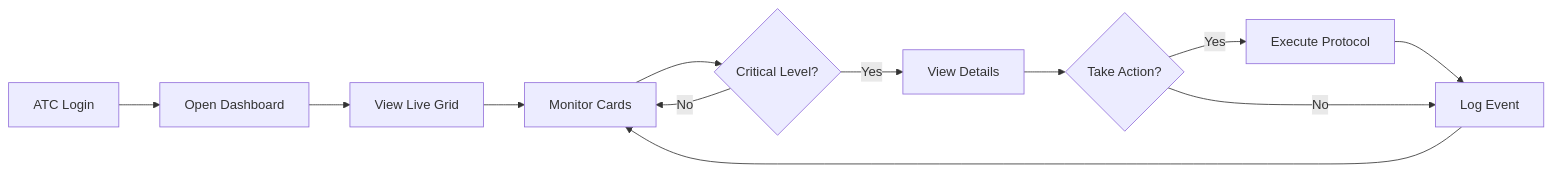
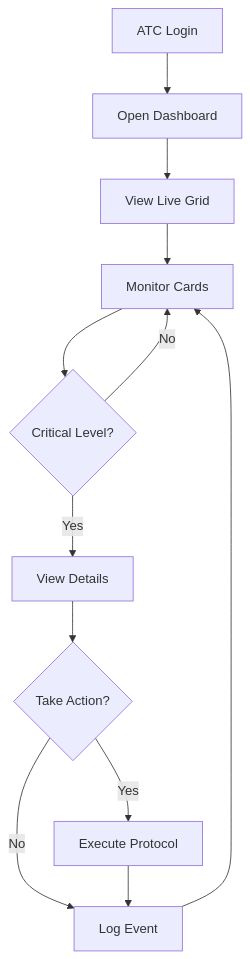
One commit to RoundRobinHood/cogniflight-cloud changed the fifth of 10 diagrams in docs/SEN3781_Assignment4_Information_Architecture_Report.md. Above: the diagram before and after it, drawn with Mermaid. The commit also changed other lines of this file, not shown here.

Commit message:
improved diagram readability

````diff
--- a/docs/SEN3781_Assignment4_Information_Architecture_Report.md
+++ b/docs/SEN3781_Assignment4_Information_Architecture_Report.md
@@ -238,9 +251,13 @@
 ```mermaid
-flowchart LR
-    A[ATC Login] --> B[Open Dashboard] --> C[View Live Grid]
-    C --> D[Monitor Cards] --> E{Critical Level?}
-    E -->|Yes| F[View Details] --> G{Take Action?}
-    G -->|Yes| H[Execute Protocol] --> I[Log Event] --> D
-    G -->|No| I
+flowchart TD
+    A[ATC Login] --> B[Open Dashboard]
+    B --> C[View Live Grid] --> D[Monitor Cards]
+    D --> E{Critical Level?}
     E -->|No| D
+    E -->|Yes| F[View Details]
+    F --> G{Take Action?}
+    G -->|Yes| H[Execute Protocol]
+    G -->|No| I[Log Event]
+    H --> I
+    I --> D
 ```
````
